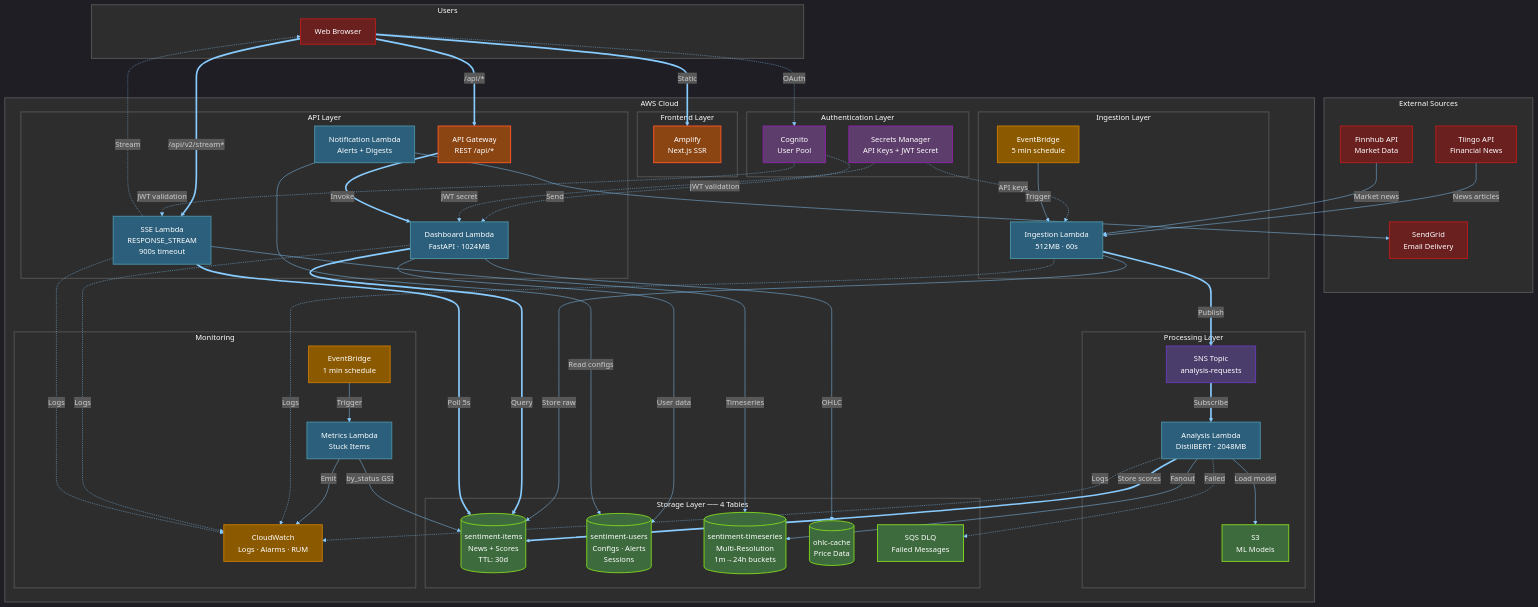
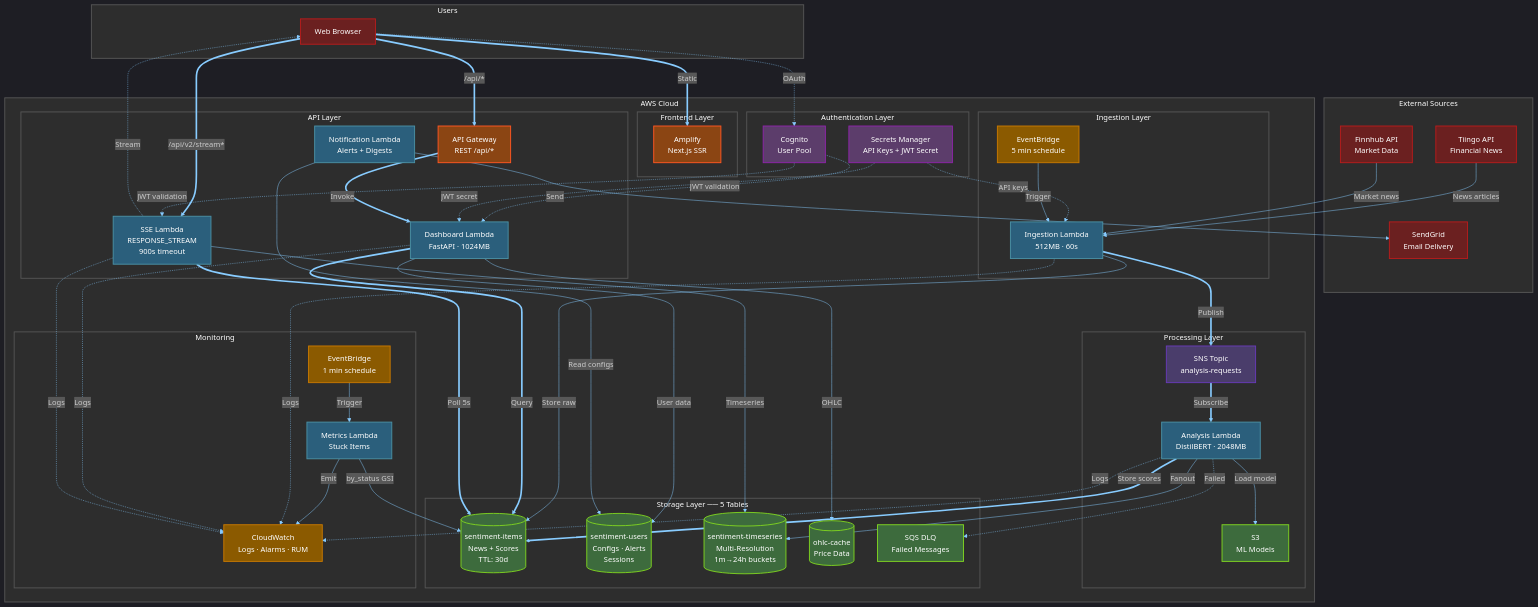
The second of 5 diagrams in README.md (traylorre/sentiment-analyzer-gsk), drawn with Mermaid before and after one commit. The commit also changed other lines of this file and 6 other files, not shown here.

```diff
--- a/README.md
+++ b/README.md
@@ -229,7 +229,7 @@
             Notification[Notification Lambda<br/>Alerts + Digests]
         end
 
-        subgraph StorageLayer["Storage Layer ── 4 Tables"]
+        subgraph StorageLayer["Storage Layer ── 5 Tables"]
             DDBItems[(sentiment-items<br/>News + Scores<br/>TTL: 30d)]
             DDBUsers[(sentiment-users<br/>Configs · Alerts<br/>Sessions)]
             DDBTimeseries[(sentiment-timeseries<br/>Multi-Resolution<br/>1m→24h buckets)]
```
